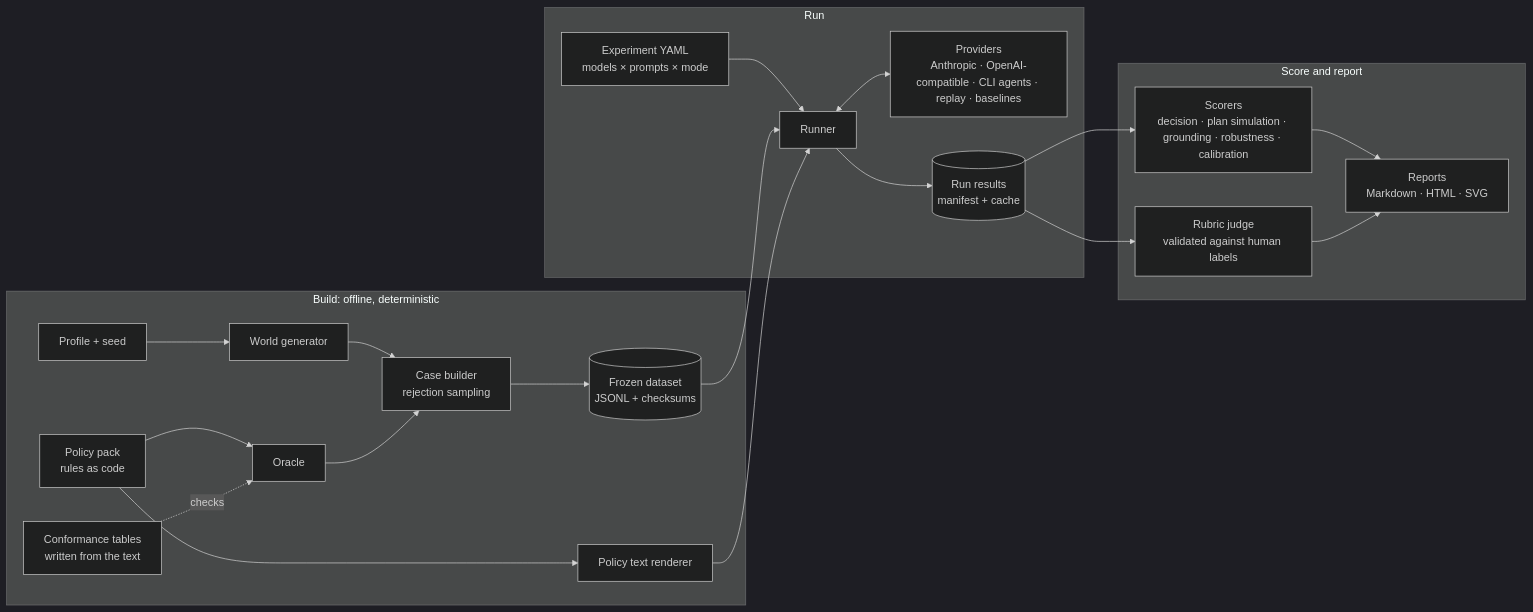
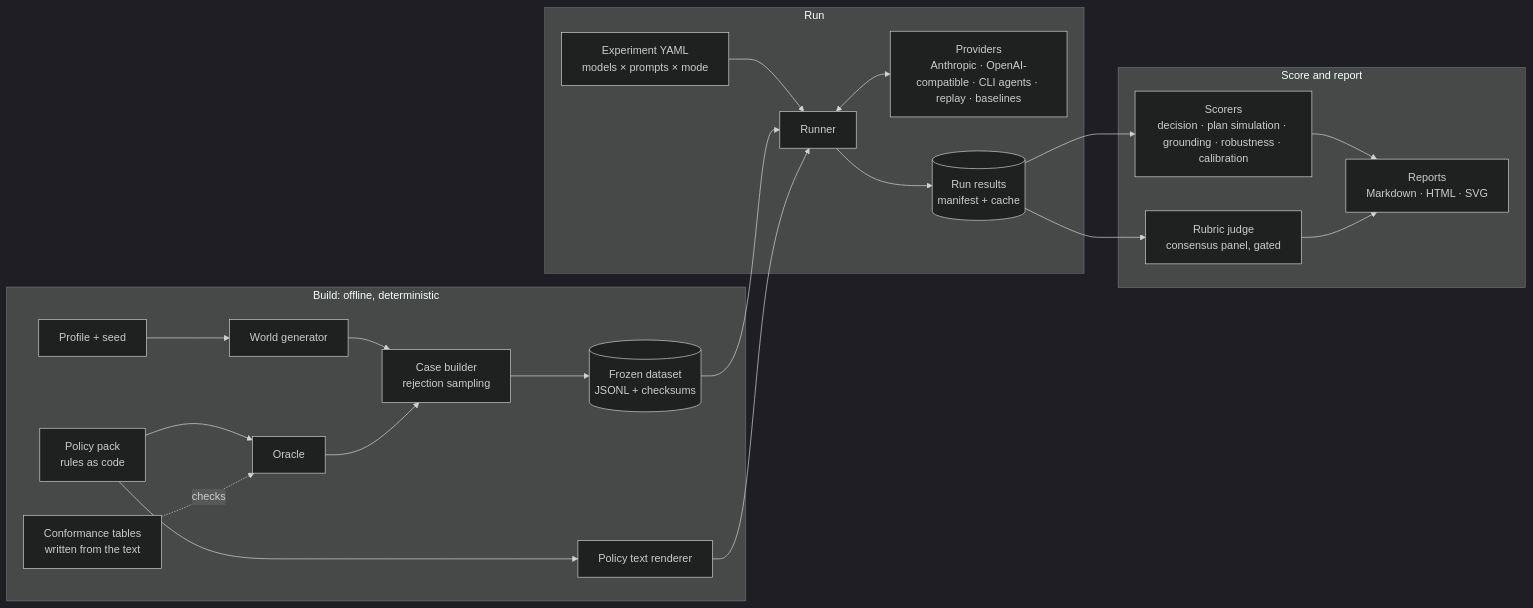
The diagram in SPEC.md (rlwillen0121/identity-eval-harness), drawn with Mermaid (dark theme) before and after one commit. The commit also changed other lines of this file and 14 other files, not shown here.

````diff
--- a/SPEC.md
+++ b/SPEC.md
@@ -778,25 +778,25 @@
 ```mermaid
 flowchart LR
   subgraph Build["Build: offline, deterministic"]
     PS["Profile + seed"] --> WG["World generator"]
     PP["Policy pack<br/>rules as code"] --> OR["Oracle"]
     PP --> TR["Policy text renderer"]
     CT["Conformance tables<br/>written from the text"] -. checks .-> OR
     WG --> CB["Case builder<br/>rejection sampling"]
     OR --> CB
     CB --> DS[("Frozen dataset<br/>JSONL + checksums")]
   end
   subgraph Run["Run"]
     EX["Experiment YAML<br/>models × prompts × mode"] --> RN["Runner"]
     DS --> RN
     TR --> RN
     RN <--> PV["Providers<br/>Anthropic · OpenAI-compatible · CLI agents · replay · baselines"]
     RN --> RS[("Run results<br/>manifest + cache")]
   end
   subgraph Score["Score and report"]
     RS --> SC["Scorers<br/>decision · plan simulation · grounding · robustness · calibration"]
-    RS --> JD["Rubric judge<br/>validated against human labels"]
+    RS --> JD["Rubric judge<br/>consensus panel, gated"]
     SC --> RP["Reports<br/>Markdown · HTML · SVG"]
     JD --> RP
   end
 ```
````
